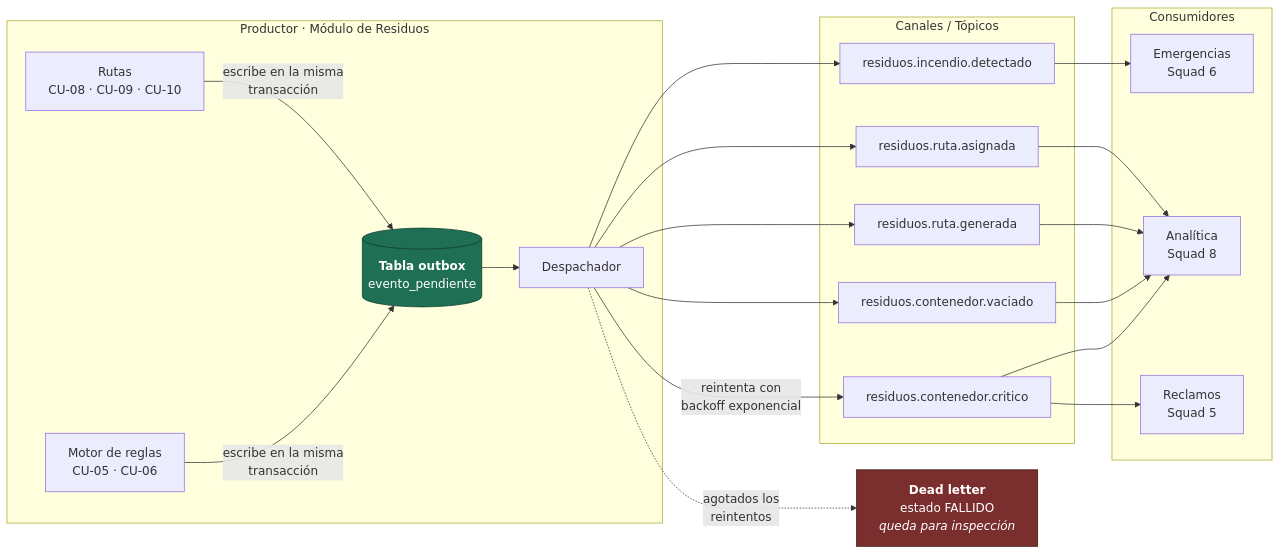
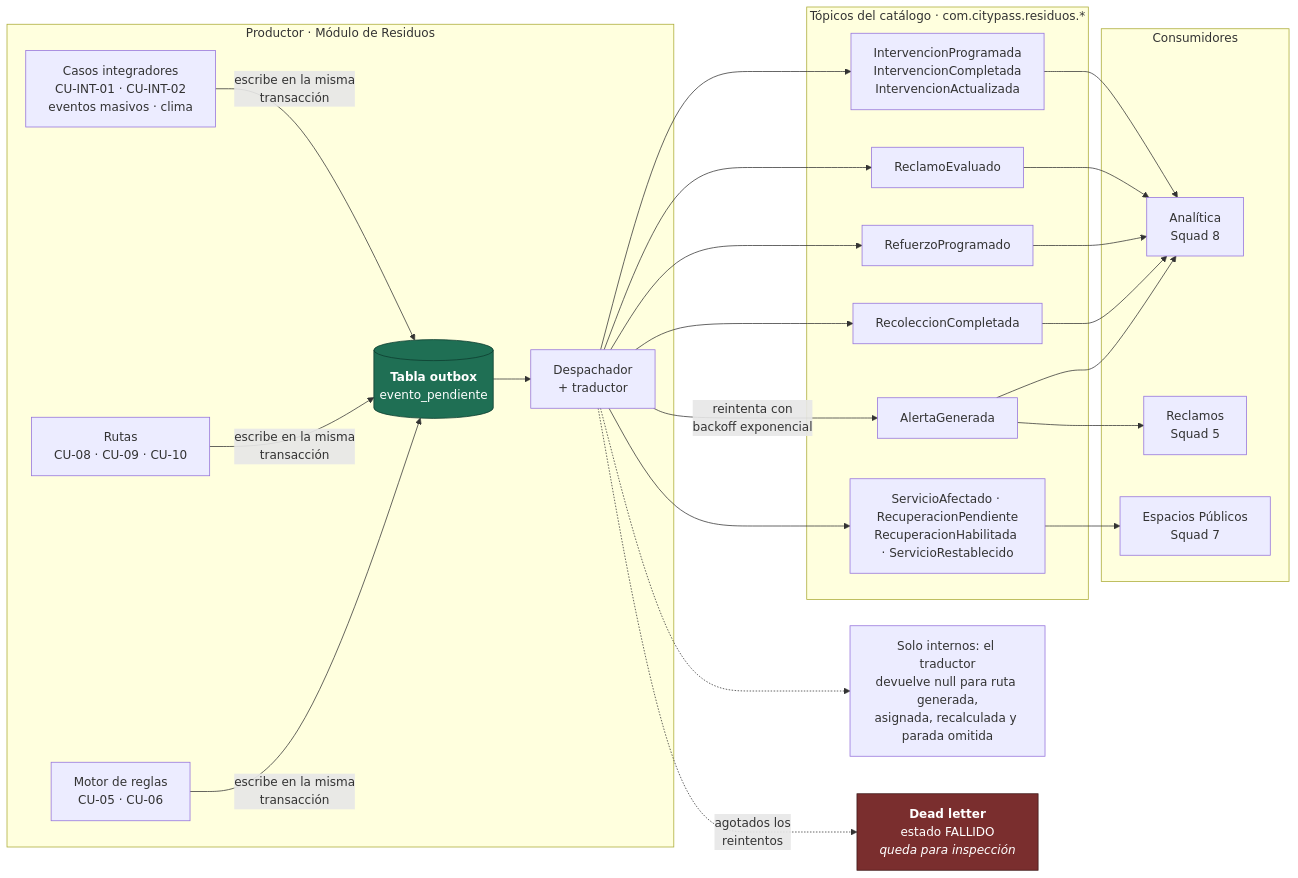
Before and after one commit to ResiduosCityPass/citypass-residuos: the fourth of 12 diagrams in docs/arquitectura/diagramas.md, drawn with Mermaid. The commit also changed other lines of this file and 12 other files, not shown here.

First line of the commit message:
docs(adr): ADR-010 a 013, diagramas con vista cloud y evidencia de tests

````diff
--- a/docs/arquitectura/diagramas.md
+++ b/docs/arquitectura/diagramas.md
@@ -179,45 +201,52 @@
 ```mermaid
 flowchart LR
     subgraph productor["Productor · Módulo de Residuos"]
         reglas["Motor de reglas<br/>CU-05 · CU-06"]
         rutas["Rutas<br/>CU-08 · CU-09 · CU-10"]
+        integ["Casos integradores<br/>CU-INT-01 · CU-INT-02<br/>eventos masivos · clima"]
         outbox[("<b>Tabla outbox</b><br/>evento_pendiente")]
-        desp["Despachador"]
+        desp["Despachador<br/>+ traductor"]
     end
 
-    subgraph canales["Canales / Tópicos"]
-        t1["residuos.contenedor.critico"]
-        t2["residuos.incendio.detectado"]
-        t3["residuos.contenedor.vaciado"]
-        t4["residuos.ruta.generada"]
-        t5["residuos.ruta.asignada"]
+    subgraph canales["Tópicos del catálogo · com.citypass.residuos.*"]
+        t1["AlertaGenerada"]
+        t2["RecoleccionCompletada"]
+        t3["RefuerzoProgramado"]
+        t4["ReclamoEvaluado"]
+        t5["IntervencionProgramada<br/>IntervencionCompletada<br/>IntervencionActualizada"]
+        t6["ServicioAfectado · RecuperacionPendiente<br/>RecuperacionHabilitada · ServicioRestablecido"]
     end
 
     subgraph consumidores["Consumidores"]
-        c1["Emergencias<br/>Squad 6"]
         c2["Analítica<br/>Squad 8"]
         c3["Reclamos<br/>Squad 5"]
+        c4["Espacios Públicos<br/>Squad 7"]
     end
 
+    interno["Solo internos: el traductor<br/>devuelve null para ruta generada,<br/>asignada, recalculada y parada omitida"]
     dlq["<b>Dead letter</b><br/>estado FALLIDO<br/><i>queda para inspección</i>"]
 
     reglas -->|"escribe en la misma<br/>transacción"| outbox
     rutas -->|"escribe en la misma<br/>transacción"| outbox
+    integ -->|"escribe en la misma<br/>transacción"| outbox
     outbox --> desp
     desp -->|"reintenta con<br/>backoff exponencial"| t1
     desp --> t2
     desp --> t3
     desp --> t4
     desp --> t5
+    desp --> t6
+    desp -.-> interno
     desp -.->|"agotados los<br/>reintentos"| dlq
 
     t1 --> c2
     t1 --> c3
-    t2 --> c1
+    t2 --> c2
     t3 --> c2
     t4 --> c2
     t5 --> c2
+    t6 --> c4
 
     style outbox fill:#1f6f54,stroke:#0d3b2e,color:#ffffff
     style dlq fill:#7a2e2e,stroke:#3d1717,color:#ffffff
 ```
````
